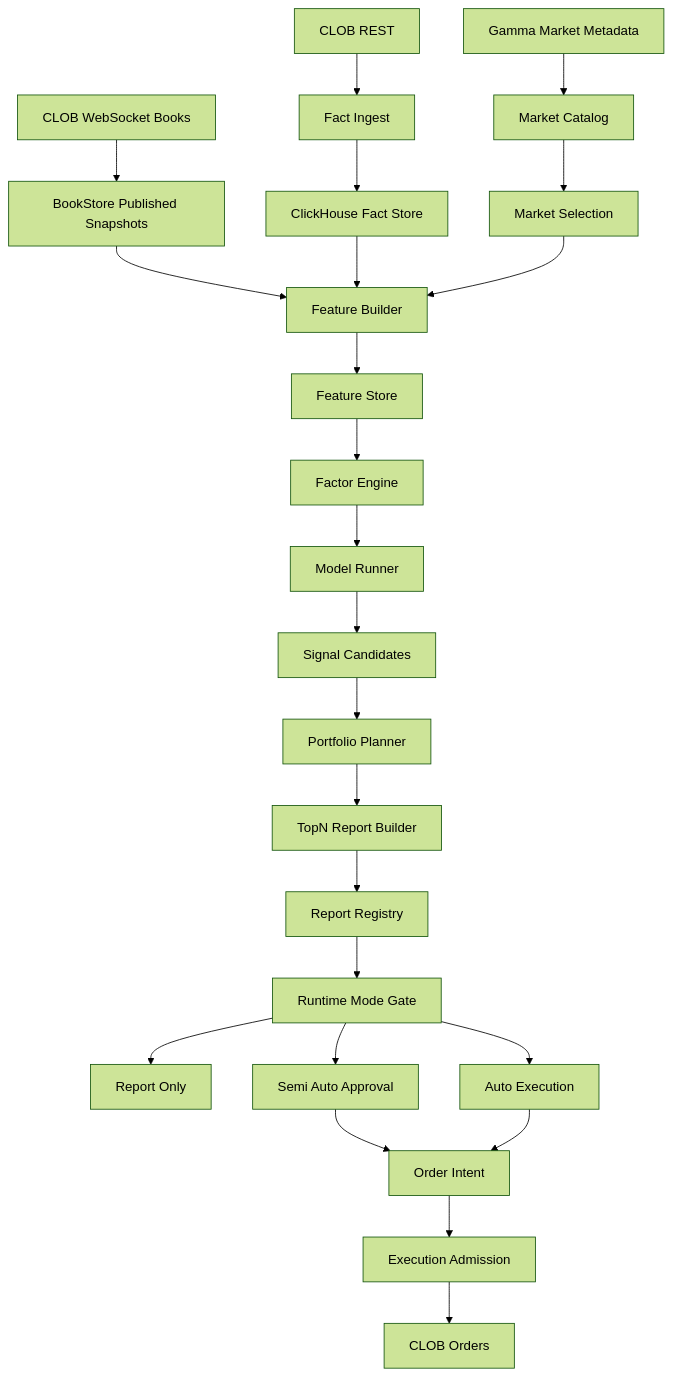
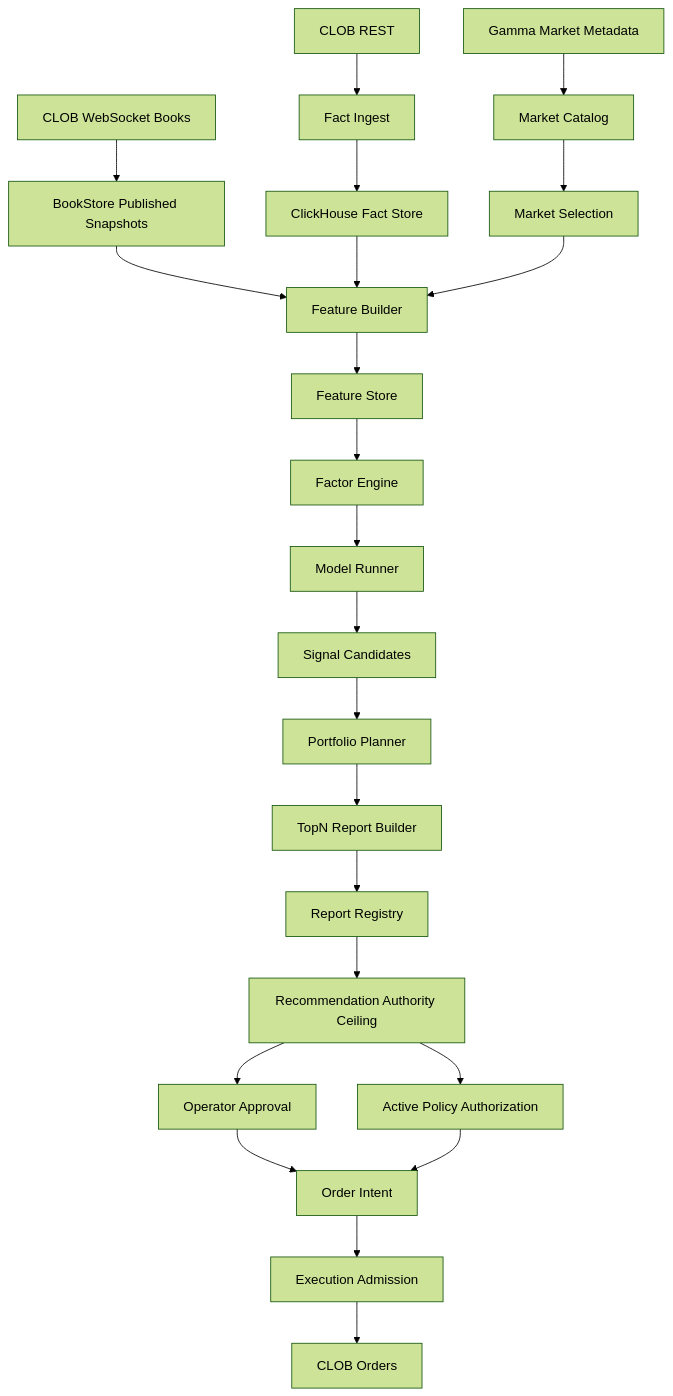
Before and after one commit to solomon-ssy/oxide-arb: the diagram in docs/plans/quant-pivot/00-quant-pivot-architecture.md, drawn with Mermaid (forest theme). The commit also changed other lines of this file and 563 other files, not shown here.

````diff
--- a/docs/plans/quant-pivot/00-quant-pivot-architecture.md
+++ b/docs/plans/quant-pivot/00-quant-pivot-architecture.md
@@ -127,26 +127,25 @@
 ```mermaid
 flowchart TD
     Gamma["Gamma Market Metadata"] --> Catalog["Market Catalog"]
     ClobWs["CLOB WebSocket Books"] --> BookStore["BookStore Published Snapshots"]
     ClobRest["CLOB REST"] --> FactIngest["Fact Ingest"]
     Catalog --> Selection["Market Selection"]
     BookStore --> FeatureBuilder["Feature Builder"]
     FactIngest --> FactStore["ClickHouse Fact Store"]
     FactStore --> FeatureBuilder
     Selection --> FeatureBuilder
     FeatureBuilder --> FeatureStore["Feature Store"]
     FeatureStore --> FactorEngine["Factor Engine"]
     FactorEngine --> ModelRunner["Model Runner"]
     ModelRunner --> SignalCandidates["Signal Candidates"]
     SignalCandidates --> PortfolioPlanner["Portfolio Planner"]
     PortfolioPlanner --> ReportBuilder["TopN Report Builder"]
     ReportBuilder --> ReportRegistry["Report Registry"]
-    ReportRegistry --> ModeGate["Runtime Mode Gate"]
-    ModeGate --> ReportOnly["Report Only"]
-    ModeGate --> Approval["Semi Auto Approval"]
-    ModeGate --> AutoExecution["Auto Execution"]
+    ReportRegistry --> AuthorityGate["Recommendation Authority Ceiling"]
+    AuthorityGate --> Approval["Operator Approval"]
+    AuthorityGate --> PolicyAutomatic["Active Policy Authorization"]
     Approval --> OrderIntent["Order Intent"]
-    AutoExecution --> OrderIntent
+    PolicyAutomatic --> OrderIntent
     OrderIntent --> ExecutionAdmission["Execution Admission"]
     ExecutionAdmission --> ClobOrders["CLOB Orders"]
 ```
````
